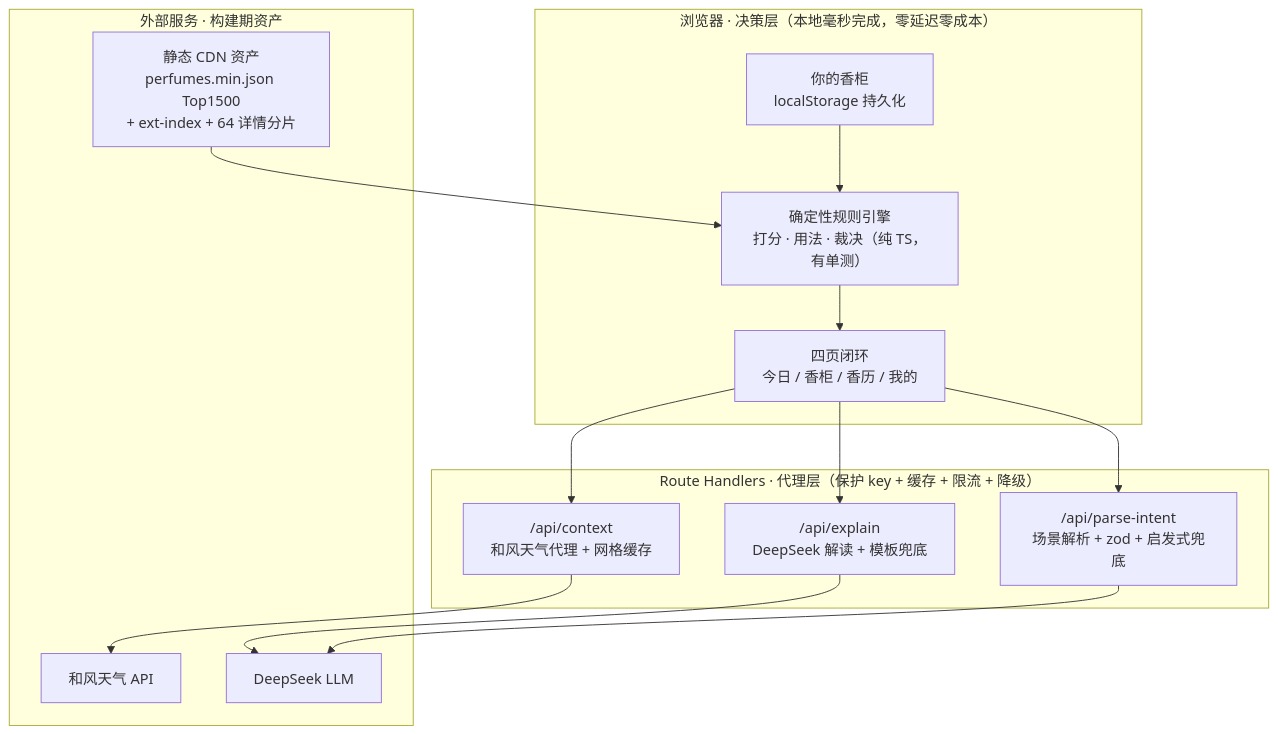
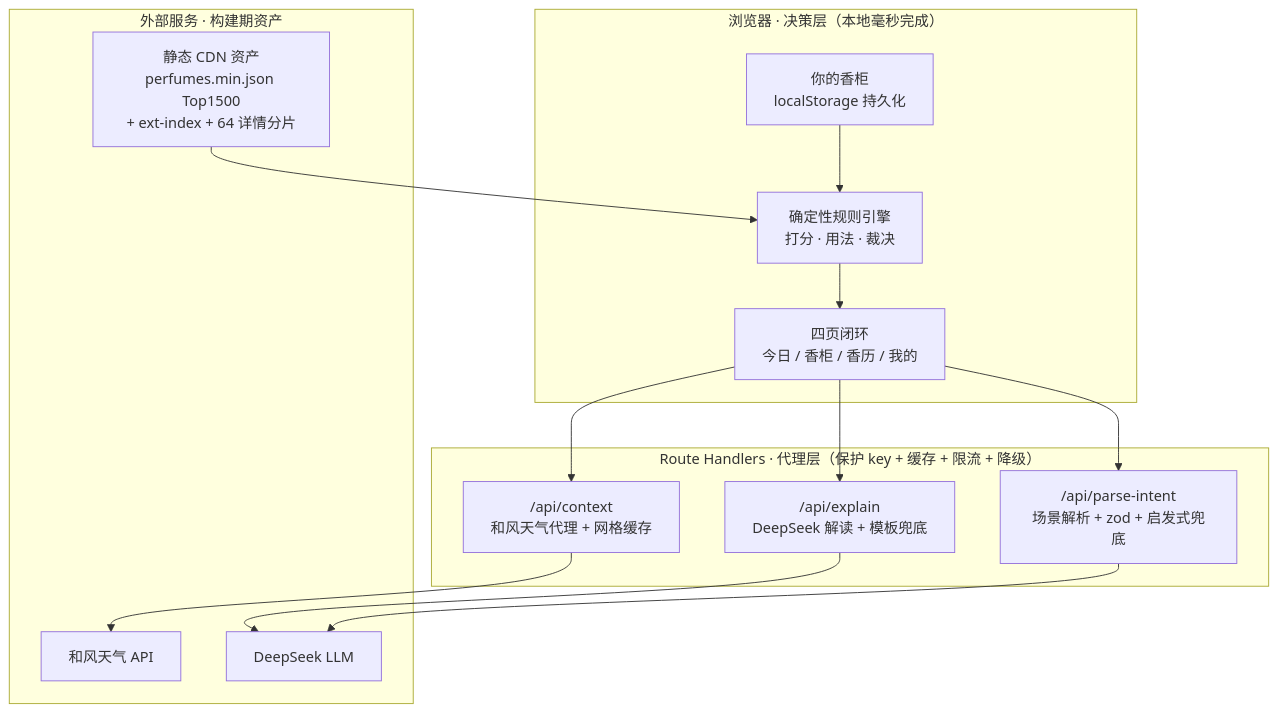
Before and after one commit to MrBaoboer/FenCun: the second of 3 diagrams in docs/氛寸-产品方案.md, drawn with Mermaid. The commit also changed other lines of this file and 6 other files, not shown here.

````diff
--- a/docs/氛寸-产品方案.md
+++ b/docs/氛寸-产品方案.md
@@ -154,24 +139,24 @@
 ```mermaid
 flowchart TB
-    subgraph Client["浏览器 · 决策层（本地毫秒完成，零延迟零成本）"]
+    subgraph Client["浏览器 · 决策层（本地毫秒完成）"]
         Lib["你的香柜<br/>localStorage 持久化"]
-        Engine["确定性规则引擎<br/>打分 · 用法 · 裁决（纯 TS，有单测）"]
+        Engine["确定性规则引擎<br/>打分 · 用法 · 裁决"]
         UI["四页闭环<br/>今日 / 香柜 / 香历 / 我的"]
     end
     subgraph Edge["Route Handlers · 代理层（保护 key + 缓存 + 限流 + 降级）"]
         Ctx2["/api/context<br/>和风天气代理 + 网格缓存"]
         Exp["/api/explain<br/>DeepSeek 解读 + 模板兜底"]
         Parse["/api/parse-intent<br/>场景解析 + zod + 启发式兜底"]
     end
     subgraph Ext["外部服务 · 构建期资产"]
         QW["和风天气 API"]
         DS["DeepSeek LLM"]
         Data["静态 CDN 资产<br/>perfumes.min.json Top1500<br/>+ ext-index + 64 详情分片"]
     end
     Data --> Engine
     Lib --> Engine
     UI --> Ctx2 --> QW
     UI --> Exp --> DS
     UI --> Parse --> DS
     Engine --> UI
 ```
````
